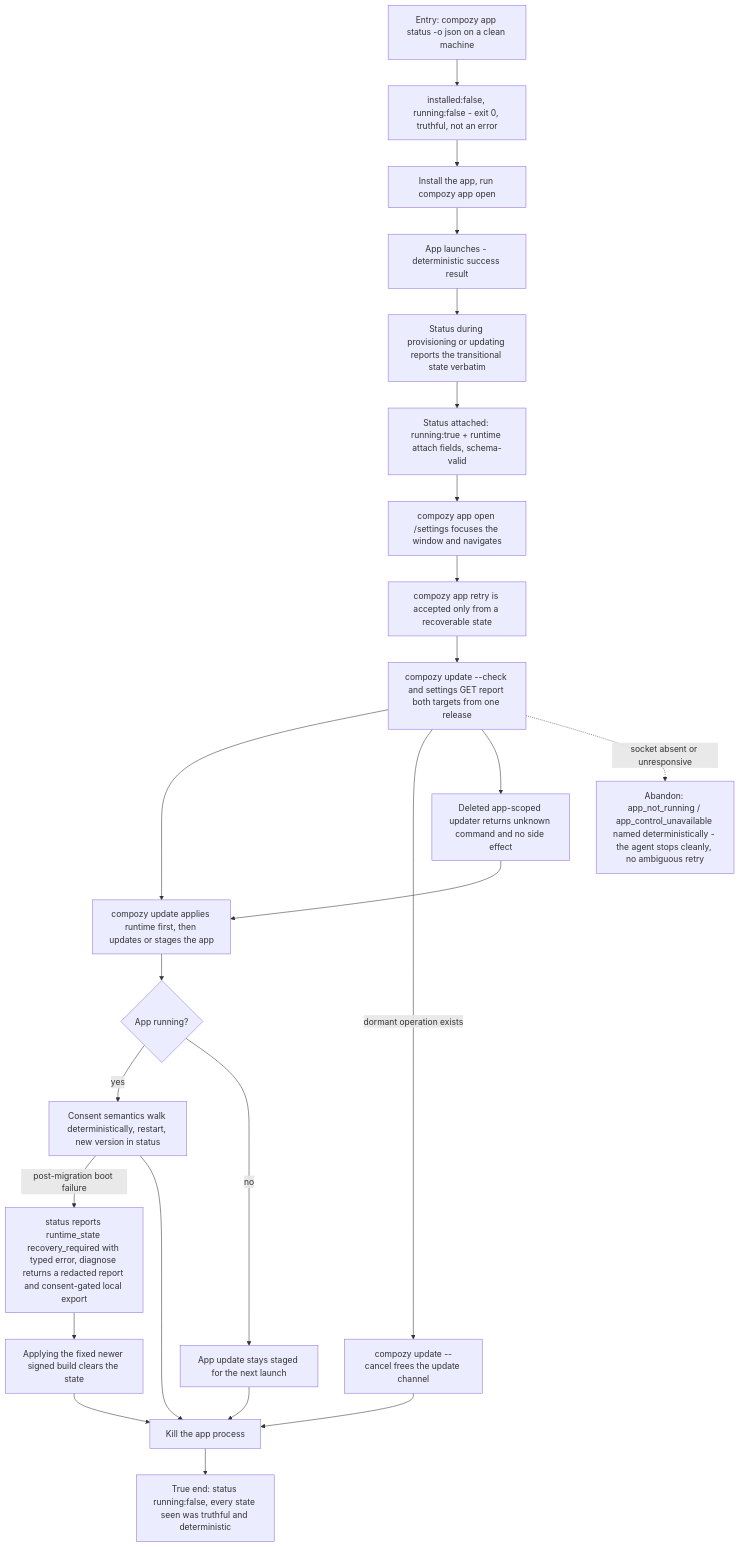
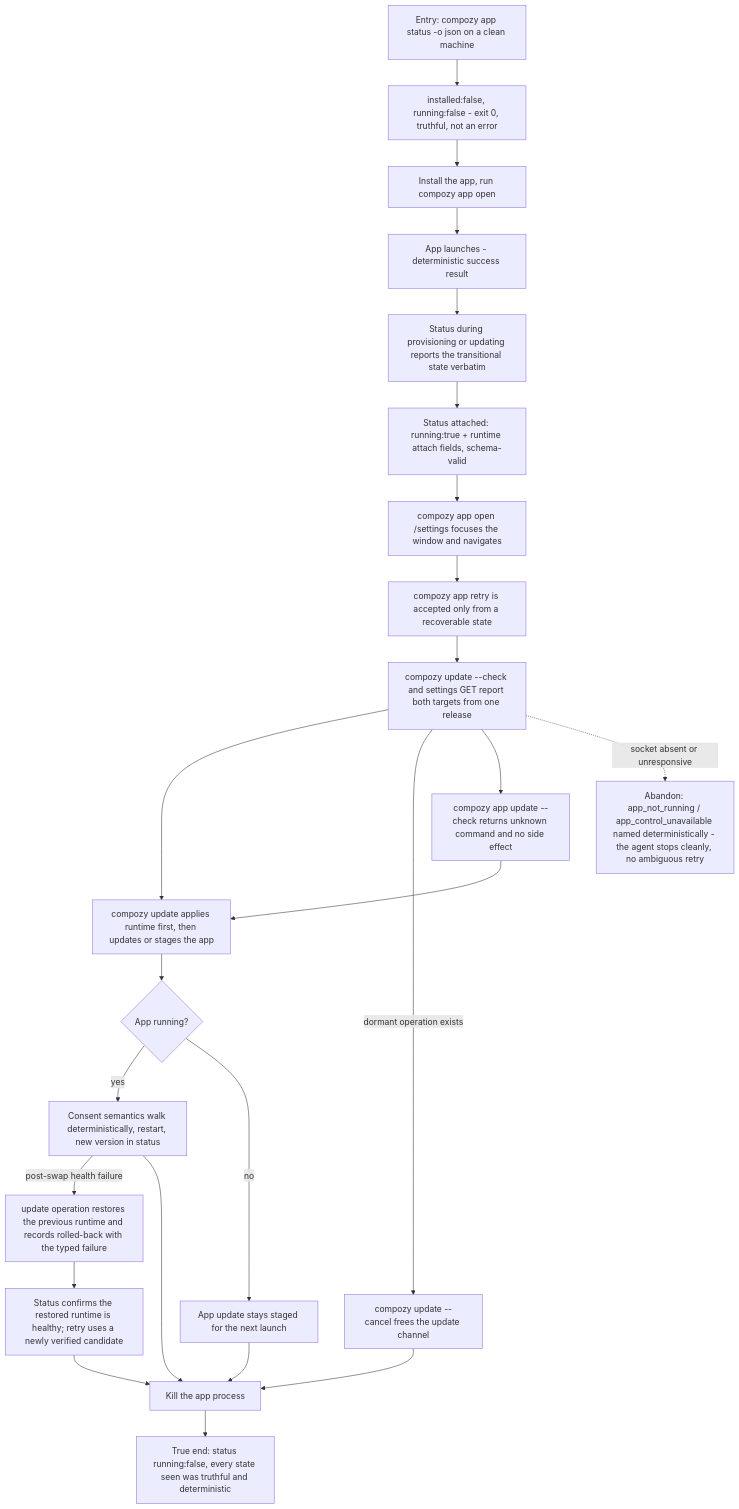
The diagram in docs/qa/journeys/J-desktop-agent-headless.md (compozy/compozy), drawn with Mermaid before and after one commit. The commit also changed other lines of this file and 245 other files, not shown here.

````diff
--- a/docs/qa/journeys/J-desktop-agent-headless.md
+++ b/docs/qa/journeys/J-desktop-agent-headless.md
@@ -8,26 +8,26 @@
 ```mermaid
 flowchart TD
     A[Entry: compozy app status -o json on a clean machine] --> B[installed:false, running:false - exit 0, truthful, not an error]
     B --> C[Install the app, run compozy app open]
     C --> D[App launches - deterministic success result]
     D --> E[Status during provisioning or updating reports the transitional state verbatim]
     E --> F[Status attached: running:true + runtime attach fields, schema-valid]
     F --> G[compozy app open /settings focuses the window and navigates]
     G --> G1[compozy app retry is accepted only from a recoverable state]
     G1 --> H[compozy update --check and settings GET report both targets from one release]
     H --> I[compozy update applies runtime first, then updates or stages the app]
     I --> J{App running?}
     J -->|yes| K[Consent semantics walk deterministically, restart, new version in status]
     J -->|no| P[App update stays staged for the next launch]
     H -->|dormant operation exists| Q[compozy update --cancel frees the update channel]
-    K -->|post-migration boot failure| L[status reports runtime_state recovery_required with typed error, diagnose returns a redacted report and consent-gated local export]
-    L --> M[Applying the fixed newer signed build clears the state]
+    K -->|post-swap health failure| L[update operation restores the previous runtime and records rolled-back with the typed failure]
+    L --> M[Status confirms the restored runtime is healthy; retry uses a newly verified candidate]
     K --> N[Kill the app process]
     P --> N
     Q --> N
     M --> N
     N --> O[True end: status running:false, every state seen was truthful and deterministic]
-    H --> R[Deleted app-scoped updater returns unknown command and no side effect]
+    H --> R[compozy app update --check returns unknown command and no side effect]
     R --> I
     H -.->|socket absent or unresponsive| X1[Abandon: app_not_running / app_control_unavailable named deterministically - the agent stops cleanly, no ambiguous retry]
 ```
````
